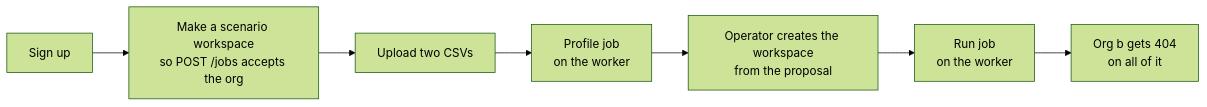
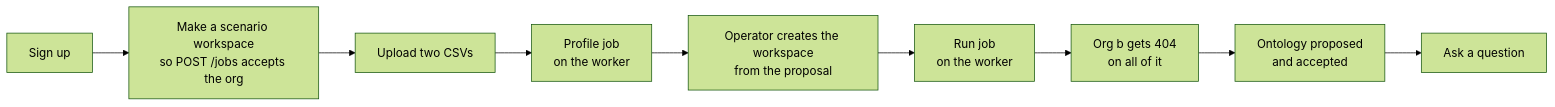
The second of 5 diagrams in docs/deploy-hosted.md (ShreyPatel4/ironwright), drawn with Mermaid (forest theme) before and after one commit. The commit also changed other lines of this file and 11 other files, not shown here.

````diff
--- a/docs/deploy-hosted.md
+++ b/docs/deploy-hosted.md
@@ -62,9 +63,11 @@
 ```mermaid
 flowchart LR
   S["Sign up"] --> W["Make a scenario workspace<br/>so POST /jobs accepts the org"]
   W --> U["Upload two CSVs"]
   U --> P["Profile job<br/>on the worker"]
   P --> C["Operator creates the workspace<br/>from the proposal"]
   C --> R["Run job<br/>on the worker"]
   R --> I["Org b gets 404<br/>on all of it"]
+  I --> O["Ontology proposed<br/>and accepted"]
+  O --> Q["Ask a question"]
 ```
````
